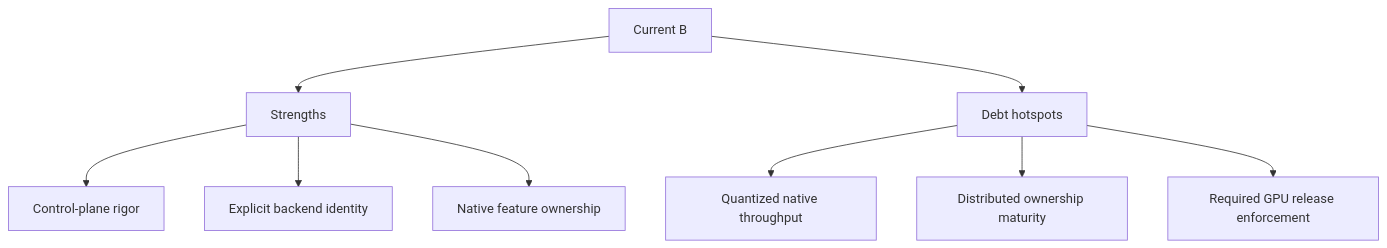
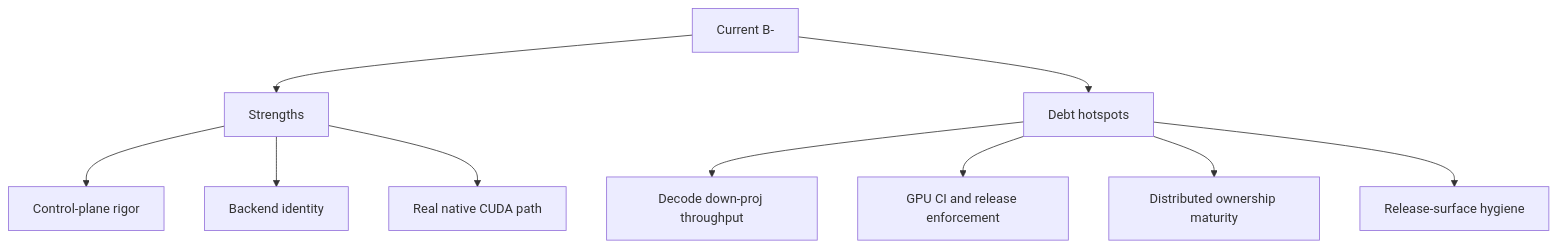
One commit to vjsingh1984/inferflux changed the diagram in docs/TechDebt_and_Competitive_Roadmap.md. Above: the diagram before and after it, drawn with Mermaid. The commit also changed other lines of this file and 27 other files, not shown here.

Commit message:
Refresh OSS docs and native CUDA status

````diff
--- a/docs/TechDebt_and_Competitive_Roadmap.md
+++ b/docs/TechDebt_and_Competitive_Roadmap.md
@@ -7,11 +6,12 @@
 ```mermaid
 flowchart TB
-    A[Current B] --> B[Strengths]
+    A[Current B-] --> B[Strengths]
     A --> C[Debt hotspots]
     B --> B1[Control-plane rigor]
-    B --> B2[Explicit backend identity]
-    B --> B3[Native feature ownership]
-    C --> C1[Quantized native throughput]
-    C --> C2[Distributed ownership maturity]
-    C --> C3[Required GPU release enforcement]
+    B --> B2[Backend identity]
+    B --> B3[Real native CUDA path]
+    C --> C1[Decode down-proj throughput]
+    C --> C2[GPU CI and release enforcement]
+    C --> C3[Distributed ownership maturity]
+    C --> C4[Release-surface hygiene]
 ```
````
